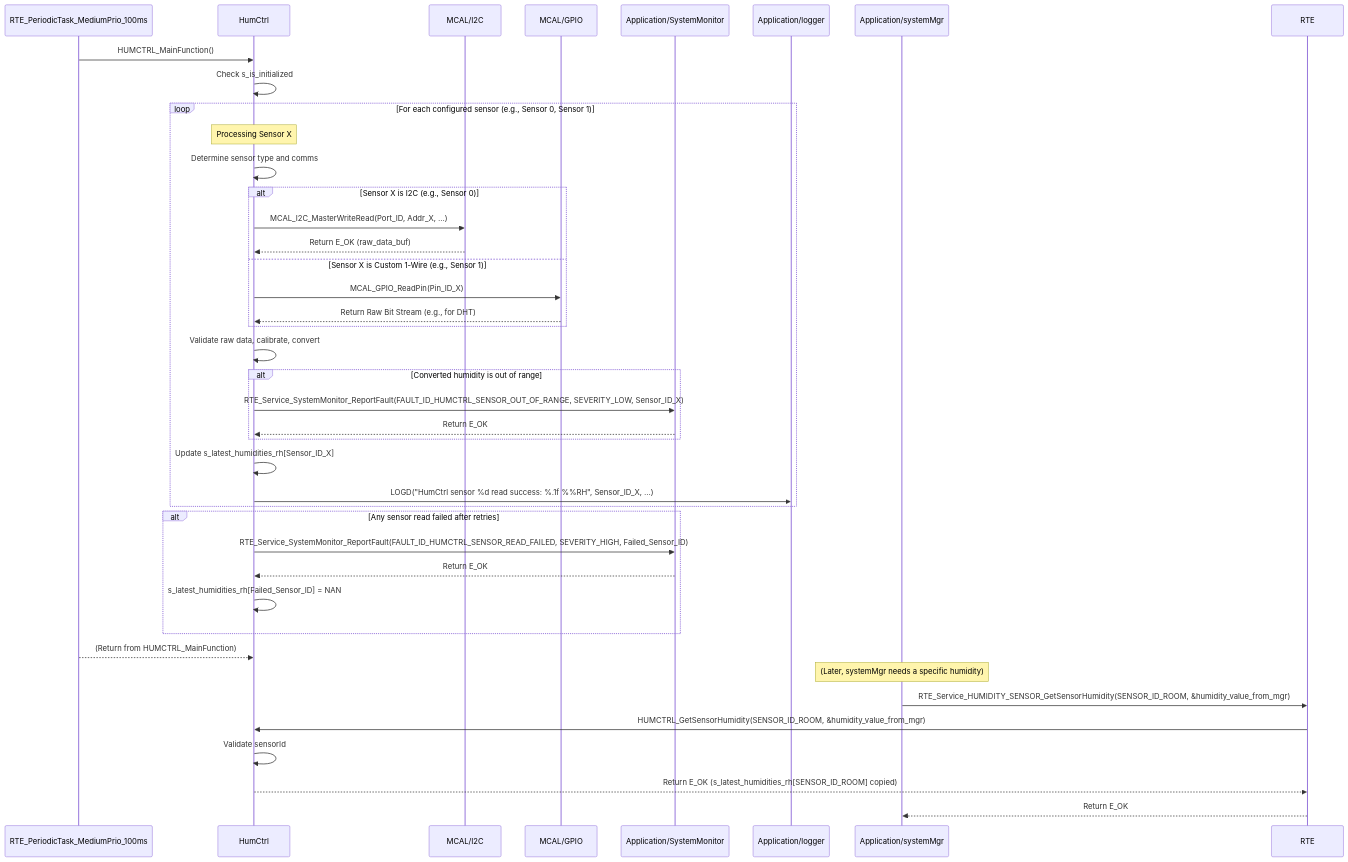
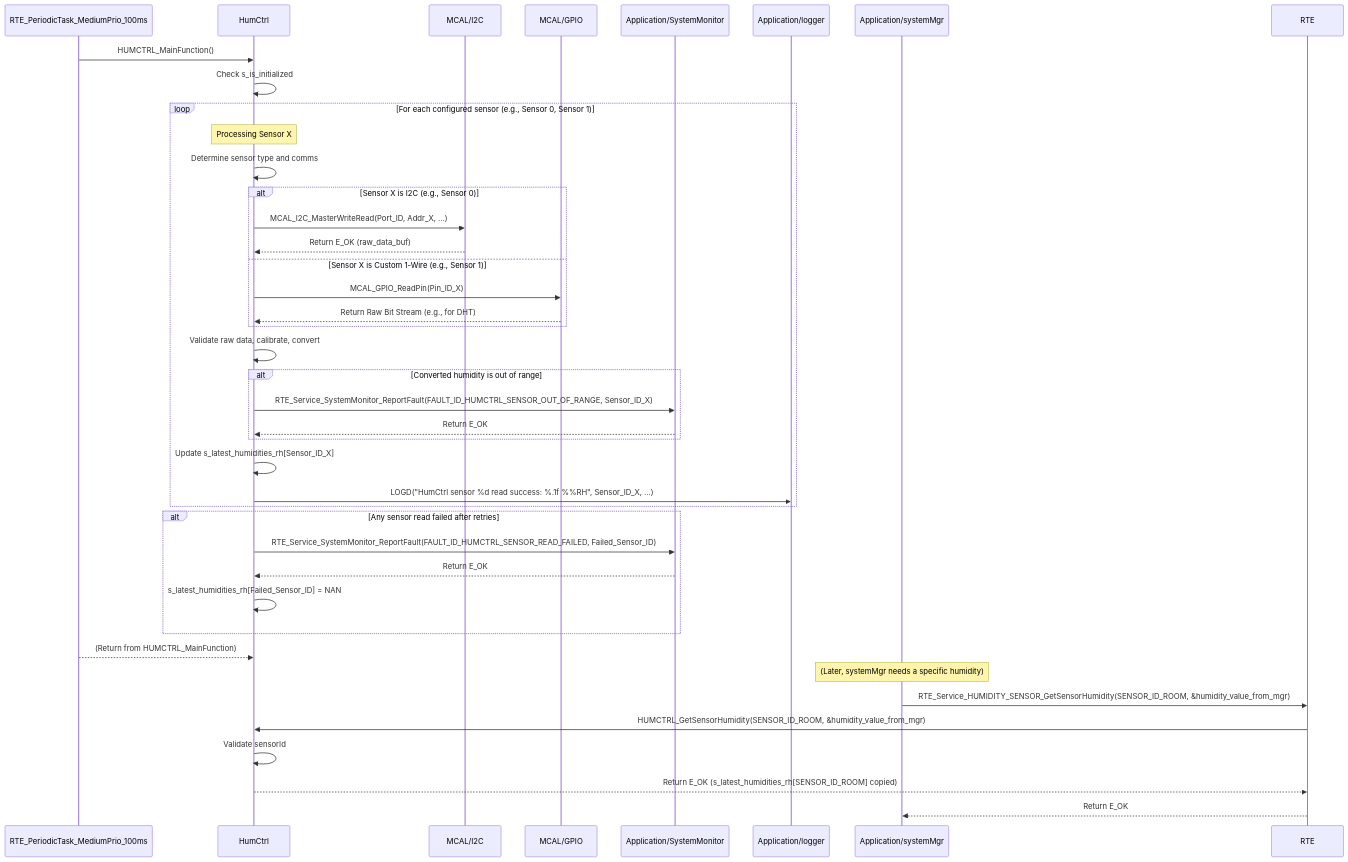
The diagram in Requiremets/Design/Application/HumidityControl.md (ashaker-2/Platform), drawn with Mermaid before and after one commit. The commit also changed other lines of this file and 79 other files, not shown here.

````diff
--- a/Requiremets/Design/Application/HumidityControl.md
+++ b/Requiremets/Design/Application/HumidityControl.md
@@ -164,44 +170,44 @@
 ```mermaid
 sequenceDiagram  
     participant RTE_Task as RTE_PeriodicTask_MediumPrio_100ms  
     participant HumCtrl as HumCtrl  
     participant MCAL_I2C as MCAL/I2C  
     participant MCAL_GPIO as MCAL/GPIO  
     participant SystemMonitor as Application/SystemMonitor  
     participant Logger as Application/logger  
     participant SystemMgr as Application/systemMgr
 
     RTE_Task->>HumCtrl: HUMCTRL_MainFunction()  
     HumCtrl->>HumCtrl: Check s_is_initialized  
     loop For each configured sensor (e.g., Sensor 0, Sensor 1)  
         Note over HumCtrl: Processing Sensor X  
         HumCtrl->>HumCtrl: Determine sensor type and comms  
         alt Sensor X is I2C (e.g., Sensor 0)  
             HumCtrl->>MCAL_I2C: MCAL_I2C_MasterWriteRead(Port_ID, Addr_X, ...)  
             MCAL_I2C-->>HumCtrl: Return E_OK (raw_data_buf)  
         else Sensor X is Custom 1-Wire (e.g., Sensor 1)  
             HumCtrl->>MCAL_GPIO: MCAL_GPIO_ReadPin(Pin_ID_X)  
             MCAL_GPIO-->>HumCtrl: Return Raw Bit Stream (e.g., for DHT)  
         end  
         HumCtrl->>HumCtrl: Validate raw data, calibrate, convert  
         alt Converted humidity is out of range  
-            HumCtrl->>SystemMonitor: RTE_Service_SystemMonitor_ReportFault(FAULT_ID_HUMCTRL_SENSOR_OUT_OF_RANGE, SEVERITY_LOW, Sensor_ID_X)  
+            HumCtrl->>SystemMonitor: RTE_Service_SystemMonitor_ReportFault(FAULT_ID_HUMCTRL_SENSOR_OUT_OF_RANGE,  Sensor_ID_X)  
             SystemMonitor-->>HumCtrl: Return E_OK  
         end  
         HumCtrl->>HumCtrl: Update s_latest_humidities_rh[Sensor_ID_X]  
         HumCtrl->>Logger: LOGD("HumCtrl sensor %d read success: %.1f %%RH", Sensor_ID_X, ...)  
     end  
     alt Any sensor read failed after retries  
-        HumCtrl->>SystemMonitor: RTE_Service_SystemMonitor_ReportFault(FAULT_ID_HUMCTRL_SENSOR_READ_FAILED, SEVERITY_HIGH, Failed_Sensor_ID)  
+        HumCtrl->>SystemMonitor: RTE_Service_SystemMonitor_ReportFault(FAULT_ID_HUMCTRL_SENSOR_READ_FAILED,  Failed_Sensor_ID)  
         SystemMonitor-->>HumCtrl: Return E_OK  
         HumCtrl->>HumCtrl: s_latest_humidities_rh[Failed_Sensor_ID] = NAN  
     end  
     RTE_Task-->>HumCtrl: (Return from HUMCTRL_MainFunction)
 
     Note over SystemMgr: (Later, systemMgr needs a specific humidity)  
     SystemMgr->>RTE: RTE_Service_HUMIDITY_SENSOR_GetSensorHumidity(SENSOR_ID_ROOM, &humidity_value_from_mgr)  
     RTE->>HumCtrl: HUMCTRL_GetSensorHumidity(SENSOR_ID_ROOM, &humidity_value_from_mgr)  
     HumCtrl->>HumCtrl: Validate sensorId  
     HumCtrl-->>RTE: Return E_OK (s_latest_humidities_rh[SENSOR_ID_ROOM] copied)  
     RTE-->>SystemMgr: Return E_OK
 ```
````
